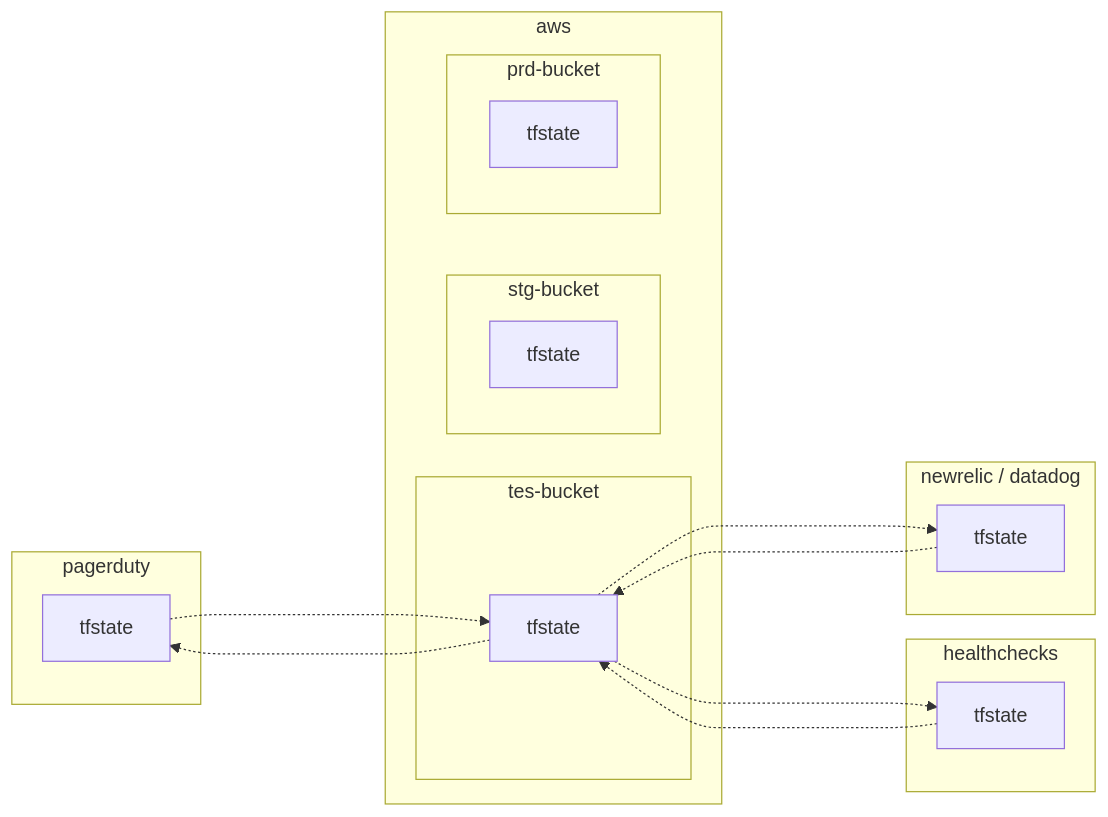
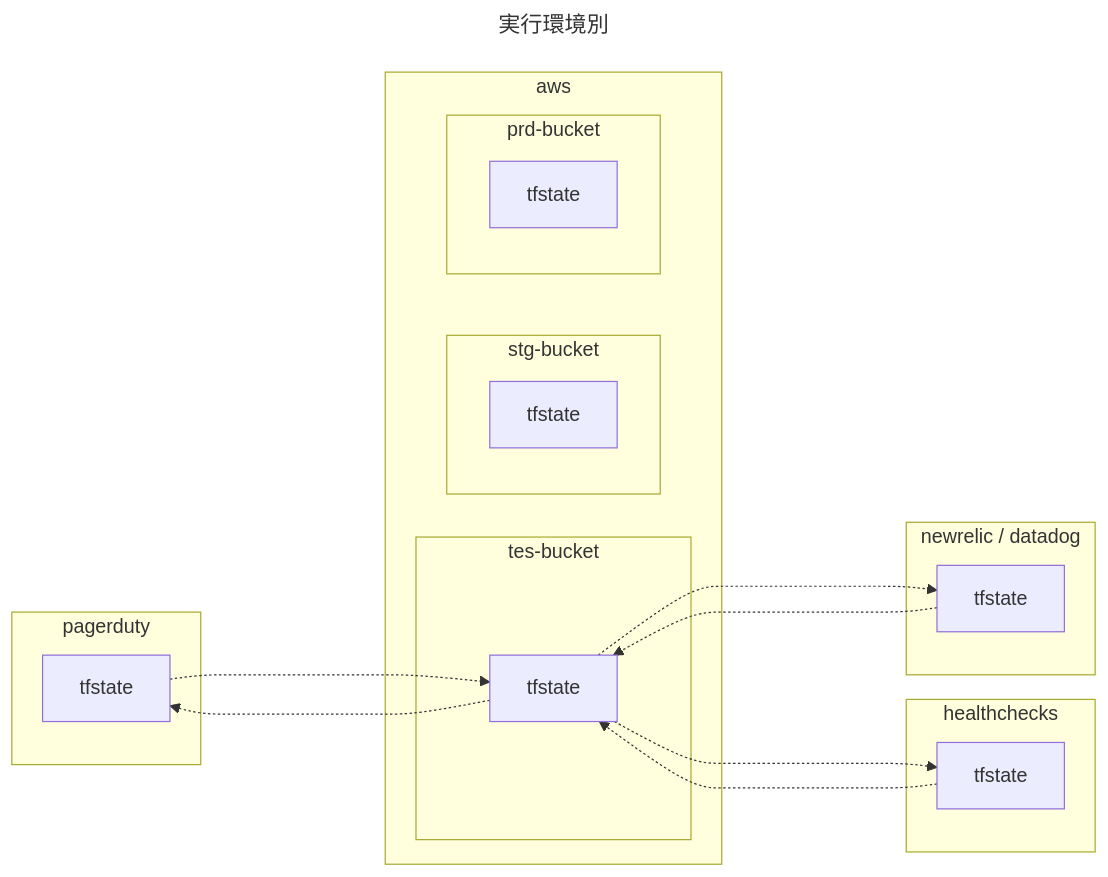
One commit to hiroki-it/hatenablog changed the sixth of 12 diagrams in dist/draft/Terraformのtfstateファイルの分割手法.md. Above: the diagram before and after it, drawn with Mermaid. The commit also changed other lines of this file, not shown here.

````diff
--- a/dist/draft/Terraformのtfstateファイルの分割手法.md
+++ b/dist/draft/Terraformのtfstateファイルの分割手法.md
@@ -686,30 +686,33 @@
 ```mermaid
+---
+title: 実行環境別
+---
 %%{init:{'theme':'natural'}}%%
 flowchart LR
     subgraph pagerduty
         PagerDuty["tfstate"]
     end
     subgraph healthchecks
         Healthchecks[tfstate]
     end
     subgraph newrelic / datadog
         Newrelic_Datadog[tfstate]
     end
     subgraph aws
         subgraph tes-bucket
             Tes[tfstate]
         end
         subgraph stg-bucket
             Stg[tfstate]
         end
         subgraph prd-bucket
             Prd[tfstate]
         end
     end
     Tes -...-> Newrelic_Datadog
     Tes -...-> Healthchecks
     Tes -...-> PagerDuty
     Newrelic_Datadog -...-> Tes
     Healthchecks -...-> Tes
     PagerDuty -...-> Tes
 ```
````
